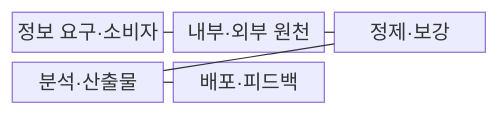
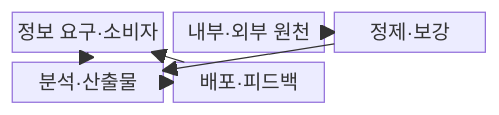
Before and after one commit to agnusdei1207/knowledge-base: the first of 2 diagrams in src/content/docs/notes/05-security/031_cyber_threat_intelligence.md, drawn with Mermaid. The commit also changed other lines of this file and 20 other files, not shown here.

````diff
--- a/src/content/docs/notes/05-security/031_cyber_threat_intelligence.md
+++ b/src/content/docs/notes/05-security/031_cyber_threat_intelligence.md
@@ -58,13 +58,14 @@
 ```mermaid
-block-beta
+block
     columns 3
     A["정보 요구·소비자"]
     B["내부·외부 원천"]
     C["정제·보강"]
     D["분석·산출물"]
     E["배포·피드백"]
-    A --- B
-    B --- C
-    C --- D
-    D --- E
+    A --> D
+    B --> C
+    C --> D
+    D --> E
+    E --> A
 ```
````
